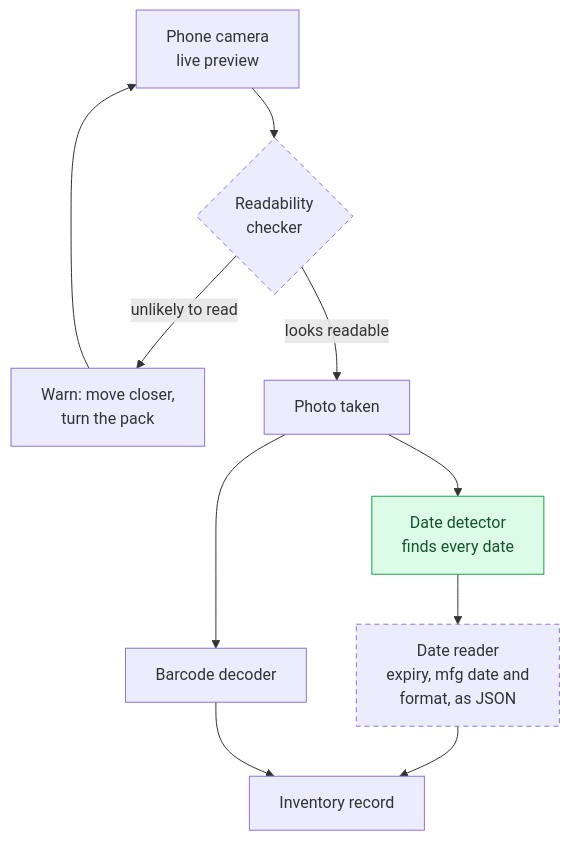
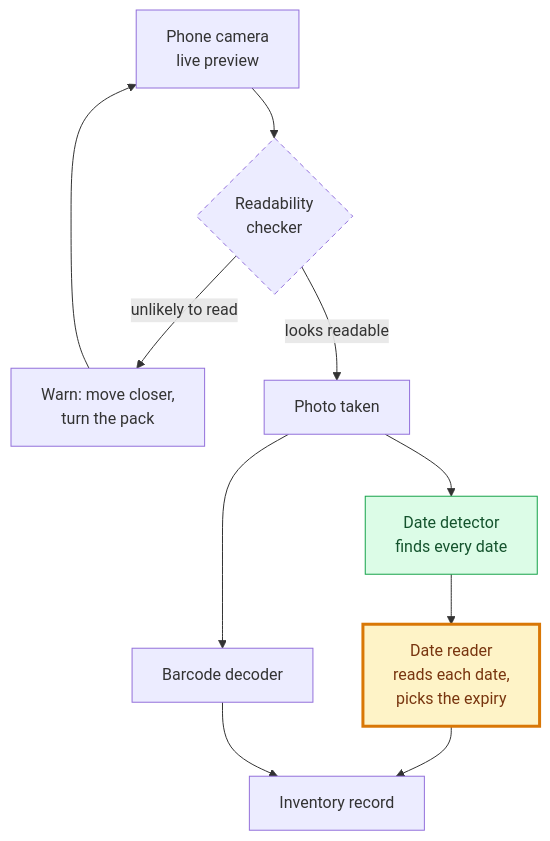
One commit to aayushroopchandani/bestbefore changed the first of 13 diagrams in README.md. Above: the diagram before and after it, drawn with Mermaid. The commit also changed other lines of this file, not shown here.

````diff
--- a/README.md
+++ b/README.md
@@ -104,16 +110,18 @@
 ```mermaid
 flowchart TD
     CAM["Phone camera<br/>live preview"] --> CHK{"Readability<br/>checker"}
     CHK -- "unlikely to read" --> WARN["Warn: move closer,<br/>turn the pack"]
     WARN --> CAM
     CHK -- "looks readable" --> SHOT["Photo taken"]
     SHOT --> DET["Date detector<br/>finds every date"]
     SHOT --> BAR["Barcode decoder"]
-    DET --> READ["Date reader<br/>expiry, mfg date and<br/>format, as JSON"]
+    DET --> READ["Date reader<br/>reads each date,<br/>picks the expiry"]
     READ --> INV["Inventory record"]
     BAR --> INV
     class DET built
-    class CHK,READ planned
+    class READ now
+    class CHK planned
     classDef built fill:#dcfce7,stroke:#16a34a,color:#14532d
+    classDef now fill:#fef3c7,stroke:#d97706,stroke-width:3px,color:#78350f
     classDef planned stroke-dasharray:5 4
 ```
````
